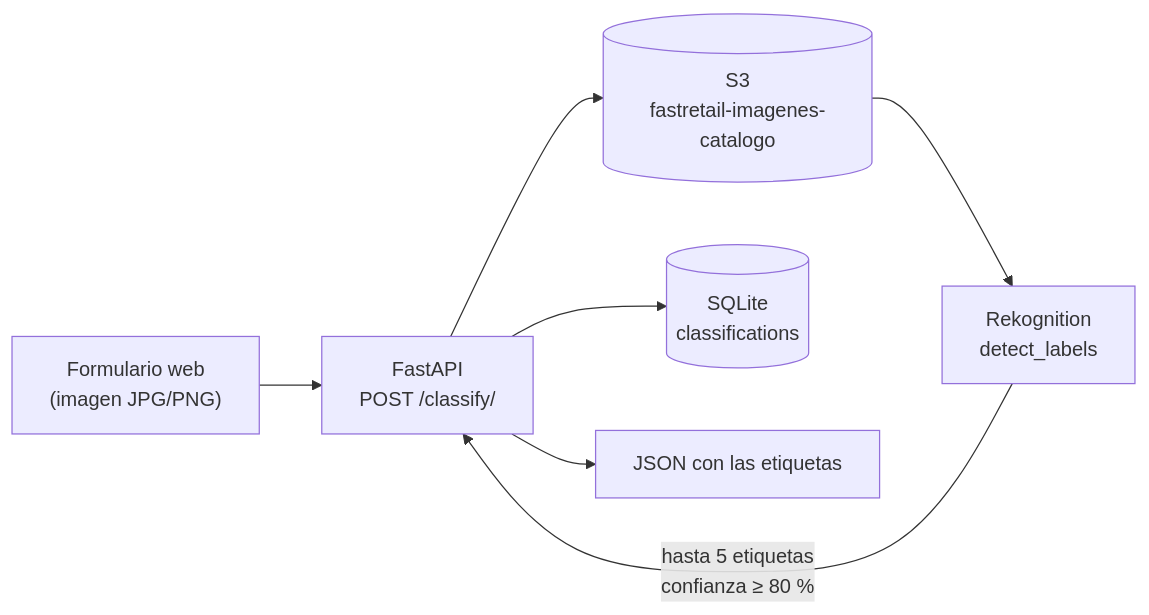
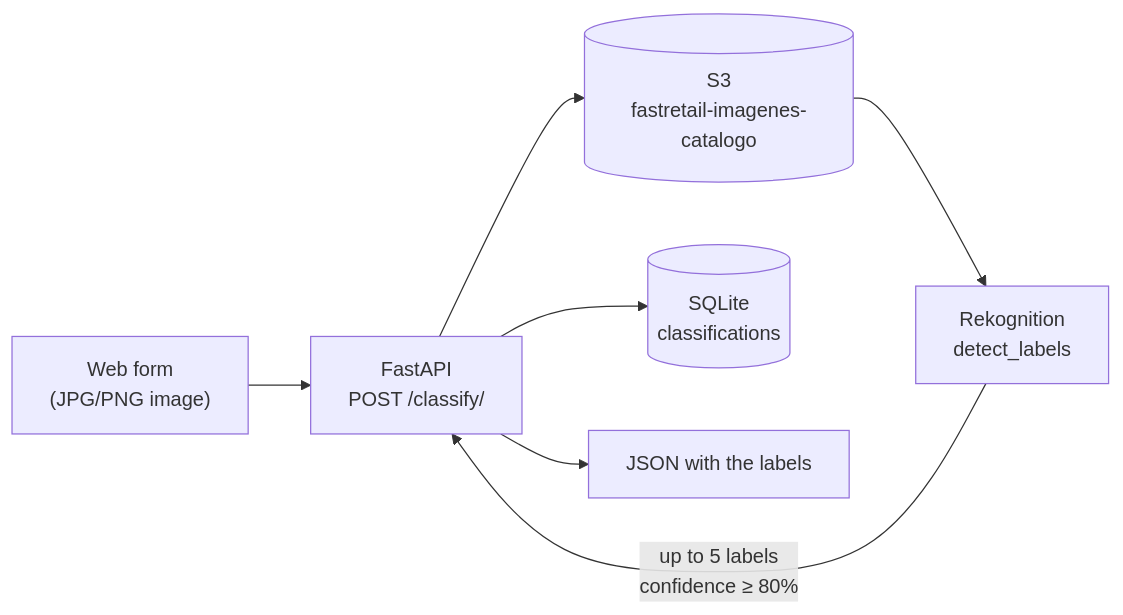
Before and after one commit to PedroFlores199/FastRetail: the diagram in README.md, drawn with Mermaid. The commit also changed other lines of this file, not shown here.

````diff
--- a/README.md
+++ b/README.md
@@ -11,9 +11,9 @@
 ```mermaid
 flowchart LR
-    F["Formulario web<br/>(imagen JPG/PNG)"] --> A["FastAPI<br/>POST /classify/"]
+    F["Web form<br/>(JPG/PNG image)"] --> A["FastAPI<br/>POST /classify/"]
     A --> S3[("S3<br/>fastretail-imagenes-catalogo")]
     S3 --> R["Rekognition<br/>detect_labels"]
-    R -->|hasta 5 etiquetas<br/>confianza ≥ 80 %| A
+    R -->|up to 5 labels<br/>confidence ≥ 80%| A
     A --> DB[("SQLite<br/>classifications")]
-    A --> J["JSON con las etiquetas"]
+    A --> J["JSON with the labels"]
 ```
````
